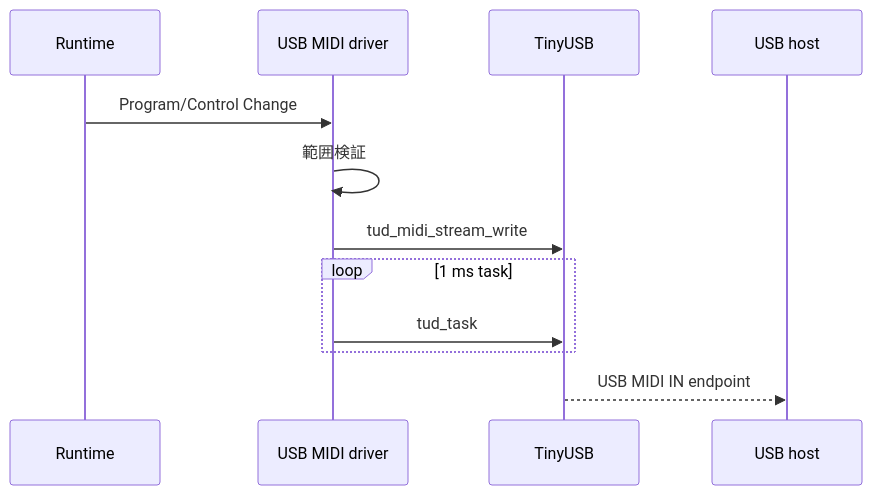
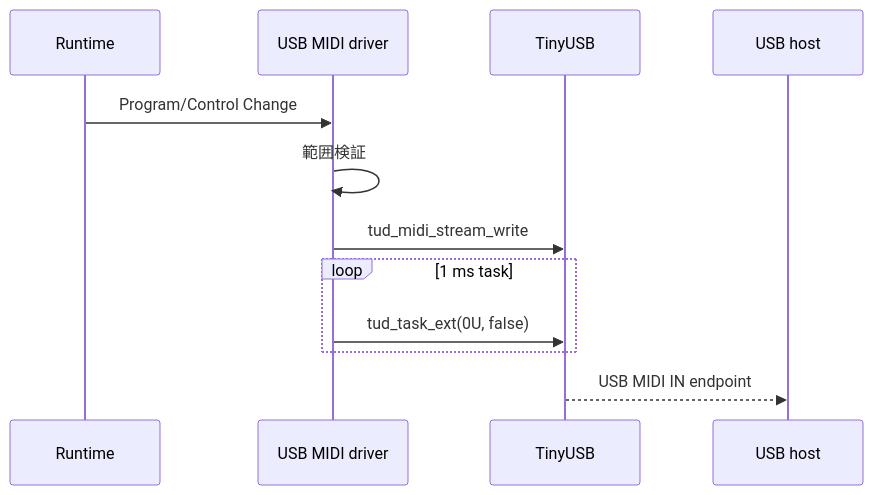
One commit to starkensan/usb_midi_pedal changed the second of 2 diagrams in docs/designs/usb-midi-driver.md. Above: the diagram before and after it, drawn with Mermaid. The commit also changed other lines of this file and 3 other files, not shown here.

````diff
--- a/docs/designs/usb-midi-driver.md
+++ b/docs/designs/usb-midi-driver.md
@@ -56,14 +56,14 @@
 ```mermaid
 sequenceDiagram
     participant Runtime
     participant Driver as USB MIDI driver
     participant TinyUSB
     participant Host as USB host
     Runtime->>Driver: Program/Control Change
     Driver->>Driver: 範囲検証
     Driver->>TinyUSB: tud_midi_stream_write
     loop 1 ms task
-        Driver->>TinyUSB: tud_task
+        Driver->>TinyUSB: tud_task_ext(0U, false)
     end
     TinyUSB-->>Host: USB MIDI IN endpoint
 ```
````
